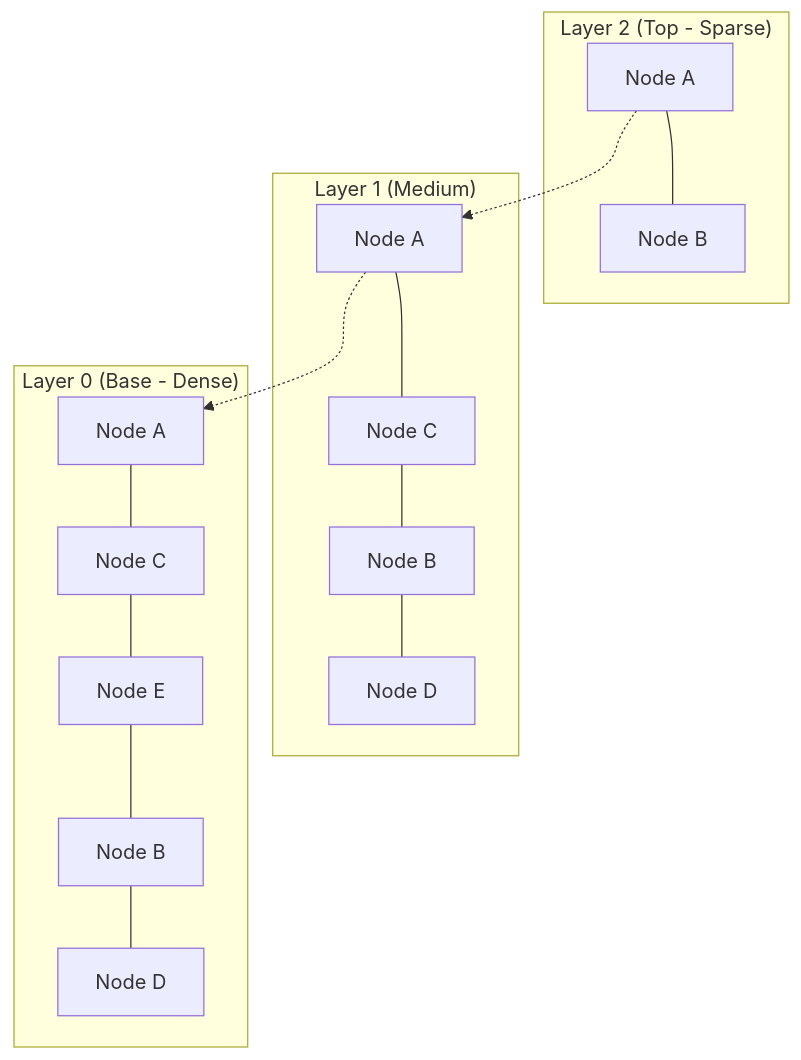
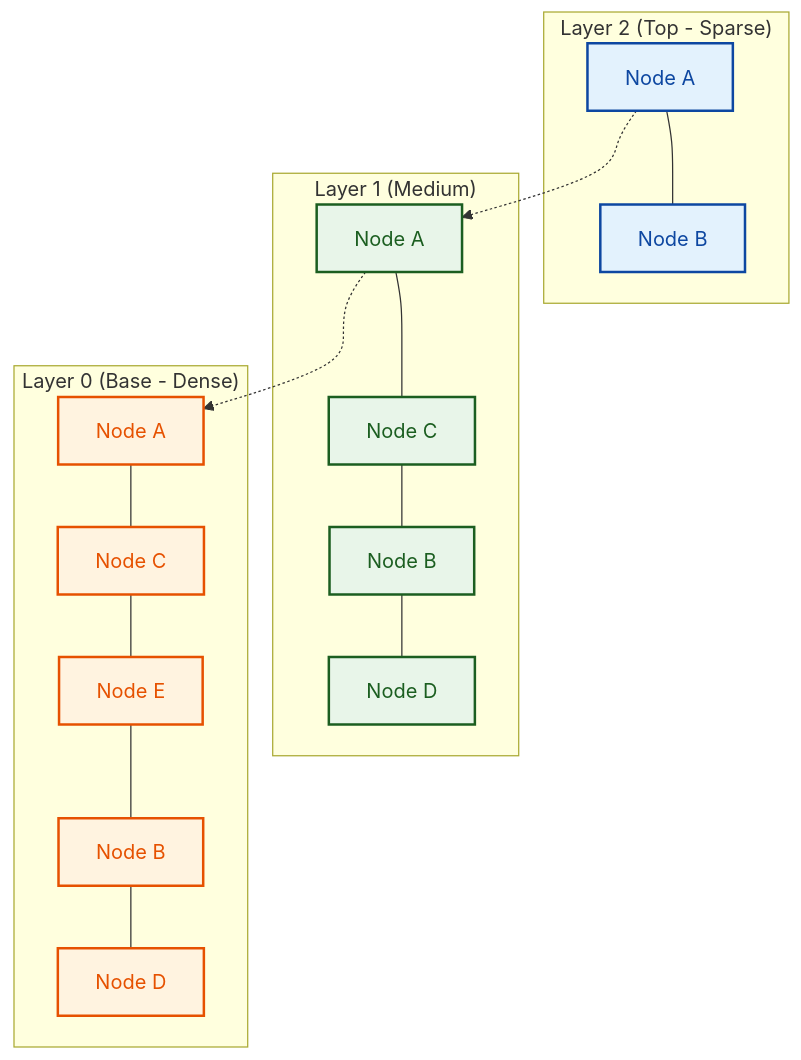
Before and after one commit to GyanendraChaubey/AI-Engineering-Notes: the second of 4 diagrams in docs/05-vector-databases/README.md, drawn with Mermaid. The commit also changed other lines of this file and 15 other files, not shown here.

Commit message:
style: apply light color palette to remaining Mermaid diagrams (docs 15 & 16)

````diff
--- a/docs/05-vector-databases/README.md
+++ b/docs/05-vector-databases/README.md
@@ -63,22 +72,33 @@
 ```mermaid
 flowchart TD
     subgraph Layer2 ["Layer 2 (Top - Sparse)"]
         A2["Node A"] --- B2["Node B"]
     end
     
     subgraph Layer1 ["Layer 1 (Medium)"]
         A1["Node A"] --- C1["Node C"]
         C1 --- B1["Node B"]
         B1 --- D1["Node D"]
     end
     
     subgraph Layer0 ["Layer 0 (Base - Dense)"]
         A0["Node A"] --- C0["Node C"]
         C0 --- E0["Node E"]
         E0 --- B0["Node B"]
         B0 --- D0["Node D"]
     end
     
     A2 -.-> A1
     A1 -.-> A0
+    style A2 fill:#e3f2fd,stroke:#0d47a1,stroke-width:2px,color:#0d47a1
+    style B2 fill:#e3f2fd,stroke:#0d47a1,stroke-width:2px,color:#0d47a1
+    style A1 fill:#e8f5e9,stroke:#1b5e20,stroke-width:2px,color:#1b5e20
+    style B1 fill:#e8f5e9,stroke:#1b5e20,stroke-width:2px,color:#1b5e20
+    style C1 fill:#e8f5e9,stroke:#1b5e20,stroke-width:2px,color:#1b5e20
+    style D1 fill:#e8f5e9,stroke:#1b5e20,stroke-width:2px,color:#1b5e20
+    style A0 fill:#fff3e0,stroke:#e65100,stroke-width:2px,color:#e65100
+    style B0 fill:#fff3e0,stroke:#e65100,stroke-width:2px,color:#e65100
+    style C0 fill:#fff3e0,stroke:#e65100,stroke-width:2px,color:#e65100
+    style D0 fill:#fff3e0,stroke:#e65100,stroke-width:2px,color:#e65100
+    style E0 fill:#fff3e0,stroke:#e65100,stroke-width:2px,color:#e65100
 ```
````
